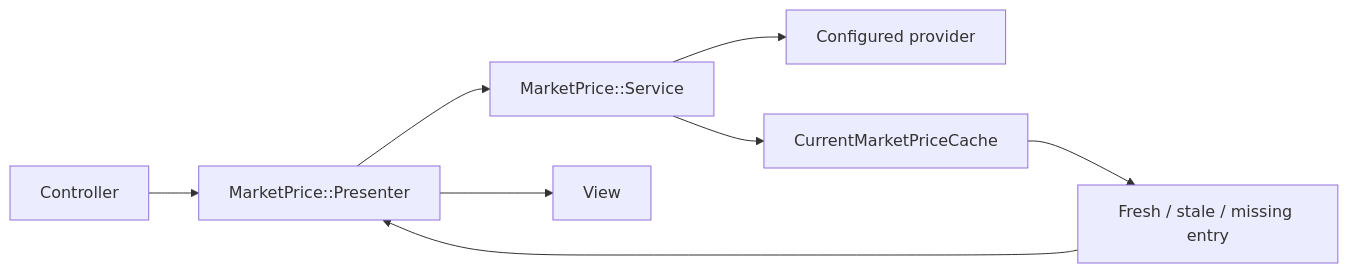
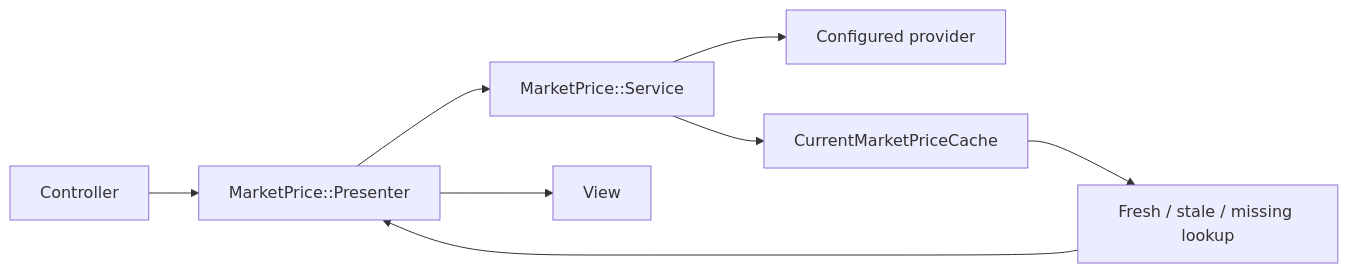
One commit to HenriqueMorato/caramelo changed the first of 2 diagrams in docs/current-market-prices.md. Above: the diagram before and after it, drawn with Mermaid. The commit also changed other lines of this file and 18 other files, not shown here.

Commit message:
refactor: clarify market price architecture

````diff
--- a/docs/current-market-prices.md
+++ b/docs/current-market-prices.md
@@ -56,10 +59,10 @@
 ```mermaid
 flowchart LR
   Controller --> Presenter[MarketPrice::Presenter]
   Presenter --> Service[MarketPrice::Service]
   Service --> Provider[Configured provider]
   Service --> Cache[CurrentMarketPriceCache]
-  Cache --> Entry[Fresh / stale / missing entry]
-  Entry --> Presenter
+  Cache --> Lookup[Fresh / stale / missing lookup]
+  Lookup --> Presenter
   Presenter --> View
 ```
````
